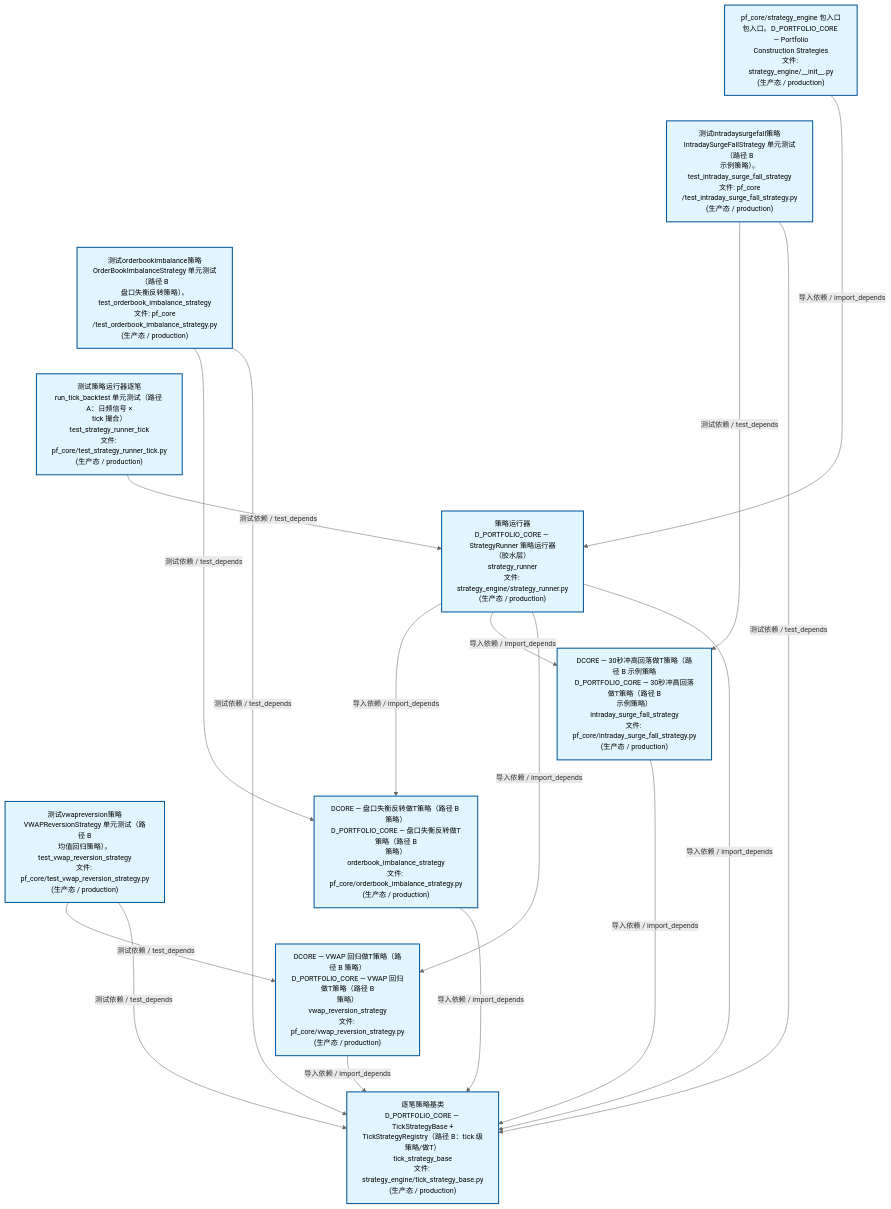
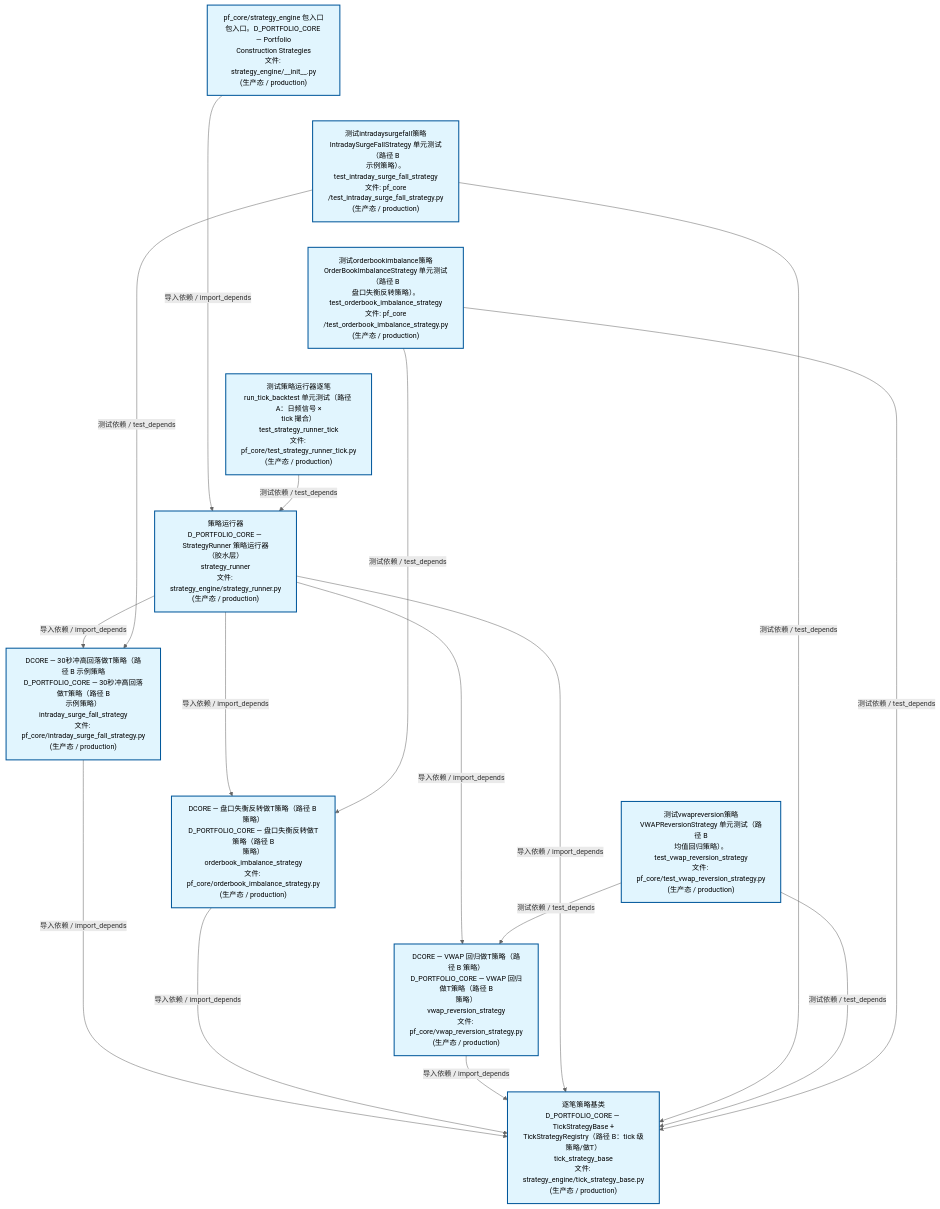
The second of 4 diagrams in docs/02_enterprise_architecture/02_domain_architecture_docs/63_d_pf_core.md (xuanFelixVan/ZephyrAlpha), drawn with Mermaid before and after one commit. The commit also changed other lines of this file and 45 other files, not shown here.

````diff
--- a/docs/02_enterprise_architecture/02_domain_architecture_docs/63_d_pf_core.md
+++ b/docs/02_enterprise_architecture/02_domain_architecture_docs/63_d_pf_core.md
@@ -135,40 +135,40 @@
 ```mermaid
 %%{init: {'theme': 'base', 'themeVariables': {'primaryColor': '#eaeaea', 'primaryTextColor': '#333333', 'primaryBorderColor': '#666666', 'lineColor': '#666666', 'secondaryColor': '#eaeaea', 'tertiaryColor': '#eaeaea', 'fontSize': '14px'}}}%%
 flowchart TD
     src_zephyr_pf_core_strategy_engine_init_py["pf_core/strategy_engine 包入口<br/>包入口。D_PORTFOLIO_CORE — Portfolio<br/>Construction Strategies<br/>文件: strategy_engine/__init__.py<br/>(生产态 / production)"]
     tests_pf_core_test_intraday_surge_fall_strategy_py["测试intradaysurgefall策略<br/>IntradaySurgeFallStrategy 单元测试（路径 B<br/>示例策略）。<br/>test_intraday_surge_fall_strategy<br/>文件: pf_core<br/>/test_intraday_surge_fall_strategy.py<br/>(生产态 / production)"]
     tests_pf_core_test_orderbook_imbalance_strategy_py["测试orderbookimbalance策略<br/>OrderBookImbalanceStrategy 单元测试（路径 B<br/>盘口失衡反转策略）。<br/>test_orderbook_imbalance_strategy<br/>文件: pf_core<br/>/test_orderbook_imbalance_strategy.py<br/>(生产态 / production)"]
     tests_pf_core_test_strategy_runner_tick_py["测试策略运行器逐笔<br/>run_tick_backtest 单元测试（路径 A：日频信号 ×<br/>tick 撮合）<br/>test_strategy_runner_tick<br/>文件: pf_core/test_strategy_runner_tick.py<br/>(生产态 / production)"]
     tests_pf_core_test_vwap_reversion_strategy_py["测试vwapreversion策略<br/>VWAPReversionStrategy 单元测试（路径 B<br/>均值回归策略）。<br/>test_vwap_reversion_strategy<br/>文件: pf_core/test_vwap_reversion_strategy.py<br/>(生产态 / production)"]
     src_zephyr_pf_core_strategy_engine_init_py ~~~ tests_pf_core_test_intraday_surge_fall_strategy_py
     tests_pf_core_test_intraday_surge_fall_strategy_py ~~~ tests_pf_core_test_orderbook_imbalance_strategy_py
     tests_pf_core_test_orderbook_imbalance_strategy_py ~~~ tests_pf_core_test_strategy_runner_tick_py
     tests_pf_core_test_strategy_runner_tick_py ~~~ tests_pf_core_test_vwap_reversion_strategy_py
     src_zephyr_pf_core_strategy_engine_strategy_runner_py["策略运行器<br/>D_PORTFOLIO_CORE — StrategyRunner 策略运行器<br/>（胶水层）<br/>strategy_runner<br/>文件: strategy_engine/strategy_runner.py<br/>(生产态 / production)"]
     src_zephyr_pf_core_intraday_surge_fall_strategy_py["DCORE — 30秒冲高回落做T策略（路径 B 示例策略<br/>D_PORTFOLIO_CORE — 30秒冲高回落做T策略（路径 B<br/>示例策略）<br/>intraday_surge_fall_strategy<br/>文件: pf_core/intraday_surge_fall_strategy.py<br/>(生产态 / production)"]
     src_zephyr_pf_core_orderbook_imbalance_strategy_py["DCORE — 盘口失衡反转做T策略（路径 B 策略）<br/>D_PORTFOLIO_CORE — 盘口失衡反转做T策略（路径 B<br/>策略）<br/>orderbook_imbalance_strategy<br/>文件: pf_core/orderbook_imbalance_strategy.py<br/>(生产态 / production)"]
     src_zephyr_pf_core_vwap_reversion_strategy_py["DCORE — VWAP 回归做T策略（路径 B 策略）<br/>D_PORTFOLIO_CORE — VWAP 回归做T策略（路径 B<br/>策略）<br/>vwap_reversion_strategy<br/>文件: pf_core/vwap_reversion_strategy.py<br/>(生产态 / production)"]
     src_zephyr_pf_core_intraday_surge_fall_strategy_py ~~~ src_zephyr_pf_core_orderbook_imbalance_strategy_py
     src_zephyr_pf_core_orderbook_imbalance_strategy_py ~~~ src_zephyr_pf_core_vwap_reversion_strategy_py
     src_zephyr_pf_core_strategy_engine_tick_strategy_base_py["逐笔策略基类<br/>D_PORTFOLIO_CORE — TickStrategyBase +<br/>TickStrategyRegistry（路径 B：tick 级策略/做T）<br/>tick_strategy_base<br/>文件: strategy_engine/tick_strategy_base.py<br/>(生产态 / production)"]
+    src_zephyr_pf_core_intraday_surge_fall_strategy_py -->|导入依赖 / import_depends| src_zephyr_pf_core_strategy_engine_tick_strategy_base_py
     src_zephyr_pf_core_orderbook_imbalance_strategy_py -->|导入依赖 / import_depends| src_zephyr_pf_core_strategy_engine_tick_strategy_base_py
-    src_zephyr_pf_core_intraday_surge_fall_strategy_py -->|导入依赖 / import_depends| src_zephyr_pf_core_strategy_engine_tick_strategy_base_py
     src_zephyr_pf_core_vwap_reversion_strategy_py -->|导入依赖 / import_depends| src_zephyr_pf_core_strategy_engine_tick_strategy_base_py
+    src_zephyr_pf_core_strategy_engine_strategy_runner_py -->|导入依赖 / import_depends| src_zephyr_pf_core_intraday_surge_fall_strategy_py
     src_zephyr_pf_core_strategy_engine_strategy_runner_py -->|导入依赖 / import_depends| src_zephyr_pf_core_orderbook_imbalance_strategy_py
-    src_zephyr_pf_core_strategy_engine_strategy_runner_py -->|导入依赖 / import_depends| src_zephyr_pf_core_intraday_surge_fall_strategy_py
     src_zephyr_pf_core_strategy_engine_strategy_runner_py -->|导入依赖 / import_depends| src_zephyr_pf_core_vwap_reversion_strategy_py
     src_zephyr_pf_core_strategy_engine_strategy_runner_py -->|导入依赖 / import_depends| src_zephyr_pf_core_strategy_engine_tick_strategy_base_py
     src_zephyr_pf_core_strategy_engine_init_py -->|导入依赖 / import_depends| src_zephyr_pf_core_strategy_engine_strategy_runner_py
+    tests_pf_core_test_intraday_surge_fall_strategy_py -->|测试依赖 / test_depends| src_zephyr_pf_core_intraday_surge_fall_strategy_py
+    tests_pf_core_test_intraday_surge_fall_strategy_py -->|测试依赖 / test_depends| src_zephyr_pf_core_strategy_engine_tick_strategy_base_py
+    tests_pf_core_test_vwap_reversion_strategy_py -->|测试依赖 / test_depends| src_zephyr_pf_core_vwap_reversion_strategy_py
+    tests_pf_core_test_vwap_reversion_strategy_py -->|测试依赖 / test_depends| src_zephyr_pf_core_strategy_engine_tick_strategy_base_py
+    tests_pf_core_test_strategy_runner_tick_py -->|测试依赖 / test_depends| src_zephyr_pf_core_strategy_engine_strategy_runner_py
     tests_pf_core_test_orderbook_imbalance_strategy_py -->|测试依赖 / test_depends| src_zephyr_pf_core_orderbook_imbalance_strategy_py
     tests_pf_core_test_orderbook_imbalance_strategy_py -->|测试依赖 / test_depends| src_zephyr_pf_core_strategy_engine_tick_strategy_base_py
-    tests_pf_core_test_intraday_surge_fall_strategy_py -->|测试依赖 / test_depends| src_zephyr_pf_core_intraday_surge_fall_strategy_py
-    tests_pf_core_test_intraday_surge_fall_strategy_py -->|测试依赖 / test_depends| src_zephyr_pf_core_strategy_engine_tick_strategy_base_py
-    tests_pf_core_test_strategy_runner_tick_py -->|测试依赖 / test_depends| src_zephyr_pf_core_strategy_engine_strategy_runner_py
-    tests_pf_core_test_vwap_reversion_strategy_py -->|测试依赖 / test_depends| src_zephyr_pf_core_vwap_reversion_strategy_py
-    tests_pf_core_test_vwap_reversion_strategy_py -->|测试依赖 / test_depends| src_zephyr_pf_core_strategy_engine_tick_strategy_base_py
     classDef production fill:#e1f5fe,stroke:#01579b,stroke-width:2px,color:#000
     classDef design fill:#fff3e0,stroke:#e65100,stroke-width:2px,color:#000,stroke-dasharray: 5 5
     classDef external_prod fill:#e8f4fd,stroke:#0277bd,stroke-width:1px,color:#000
     classDef external_design fill:#fff8e7,stroke:#ef6c00,stroke-width:1px,color:#000,stroke-dasharray: 5 5
     class src_zephyr_pf_core_intraday_surge_fall_strategy_py,src_zephyr_pf_core_orderbook_imbalance_strategy_py,src_zephyr_pf_core_strategy_engine_init_py,src_zephyr_pf_core_strategy_engine_strategy_runner_py,src_zephyr_pf_core_strategy_engine_tick_strategy_base_py,src_zephyr_pf_core_vwap_reversion_strategy_py,tests_pf_core_test_intraday_surge_fall_strategy_py,tests_pf_core_test_orderbook_imbalance_strategy_py,tests_pf_core_test_strategy_runner_tick_py,tests_pf_core_test_vwap_reversion_strategy_py production
 ```
````
